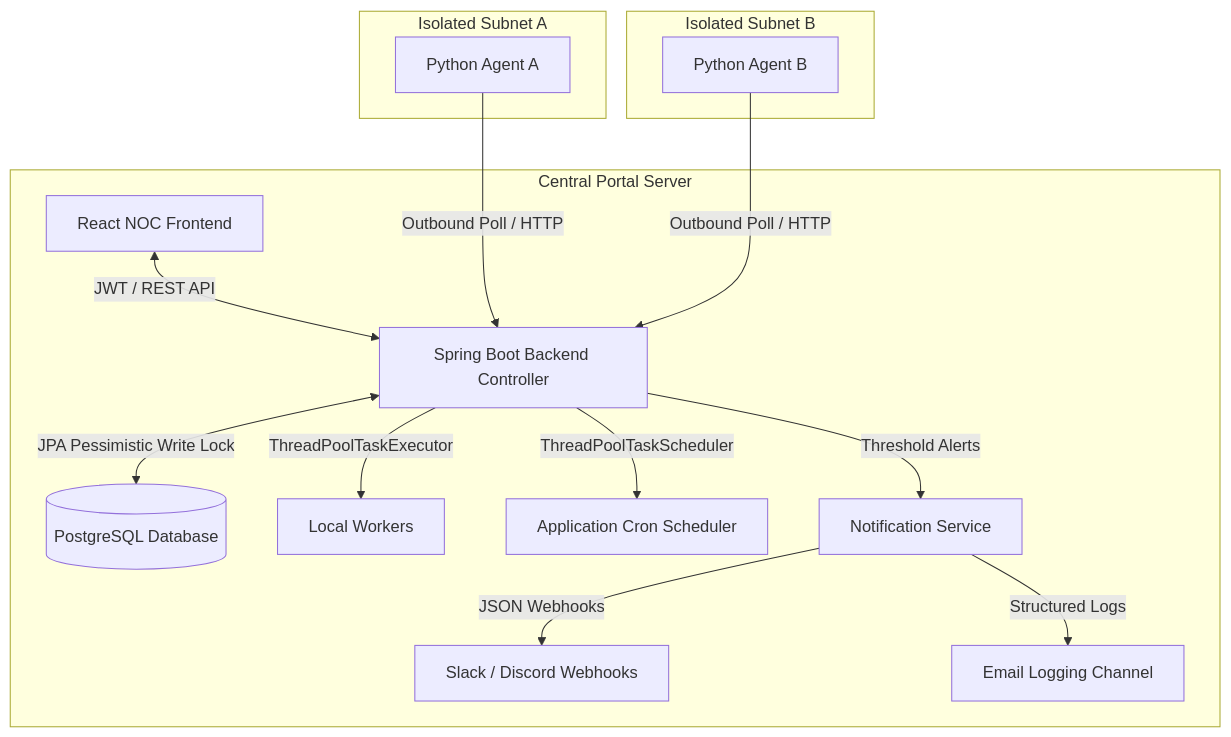
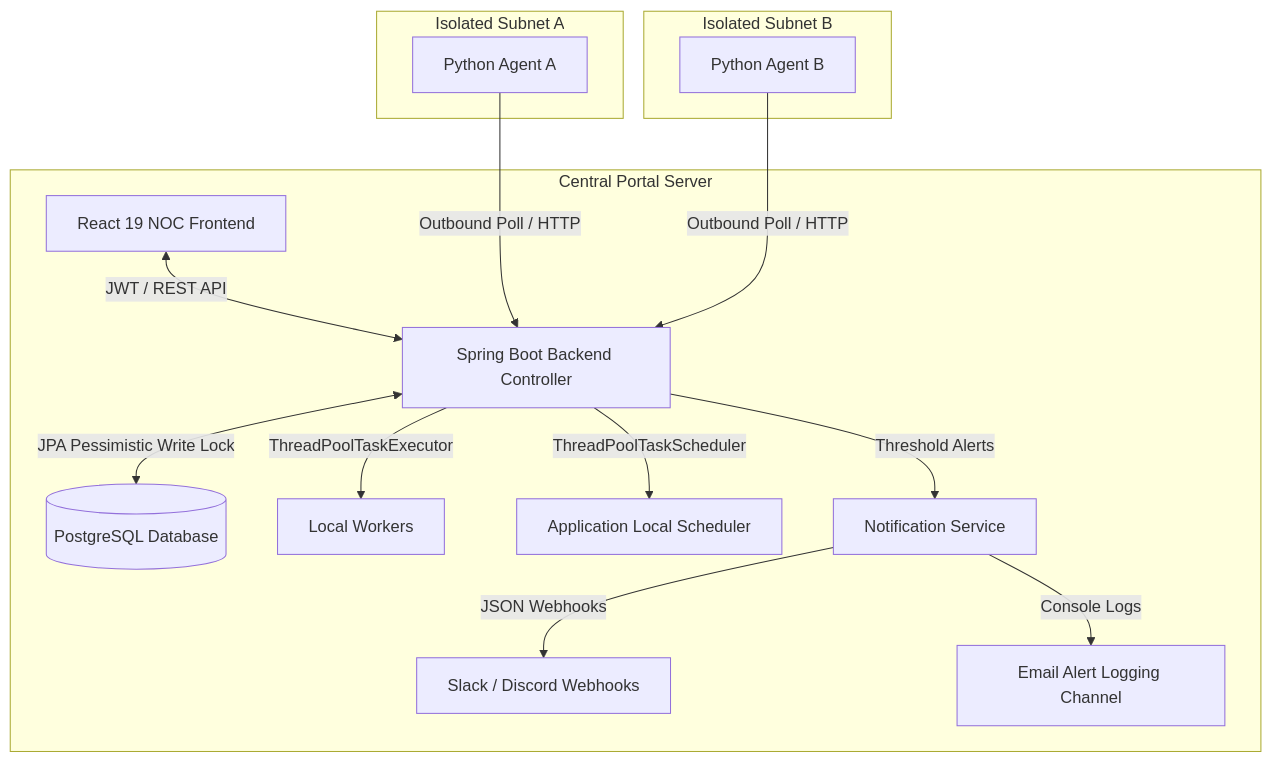
Before and after one commit to abhishekkp00/Network-test-portal: the diagram in README.md, drawn with Mermaid. The commit also changed other lines of this file, not shown here.

Commit message:
docs: perform technical documentation accuracy pass across architecture, concurrency, leases, and security

````diff
--- a/README.md
+++ b/README.md
@@ -27,20 +32,20 @@
 ```mermaid
 graph TD
     subgraph Central Portal Server
-        A[React NOC Frontend] <-->|JWT / REST API| B[Spring Boot Backend Controller]
+        A[React 19 NOC Frontend] <-->|JWT / REST API| B[Spring Boot Backend Controller]
         B <-->|JPA Pessimistic Write Lock| C[(PostgreSQL Database)]
         B -->|ThreadPoolTaskExecutor| D[Local Workers]
-        B -->|ThreadPoolTaskScheduler| E[Application Cron Scheduler]
+        B -->|ThreadPoolTaskScheduler| E[Application Local Scheduler]
         B -->|Threshold Alerts| F[Notification Service]
         F -->|JSON Webhooks| G[Slack / Discord Webhooks]
-        F -->|Structured Logs| H[Email Logging Channel]
+        F -->|Console Logs| H[Email Alert Logging Channel]
     end
     
     subgraph Isolated Subnet A
         I[Python Agent A] --->|Outbound Poll / HTTP| B
     end
     
     subgraph Isolated Subnet B
         J[Python Agent B] --->|Outbound Poll / HTTP| B
     end
 ```
````
